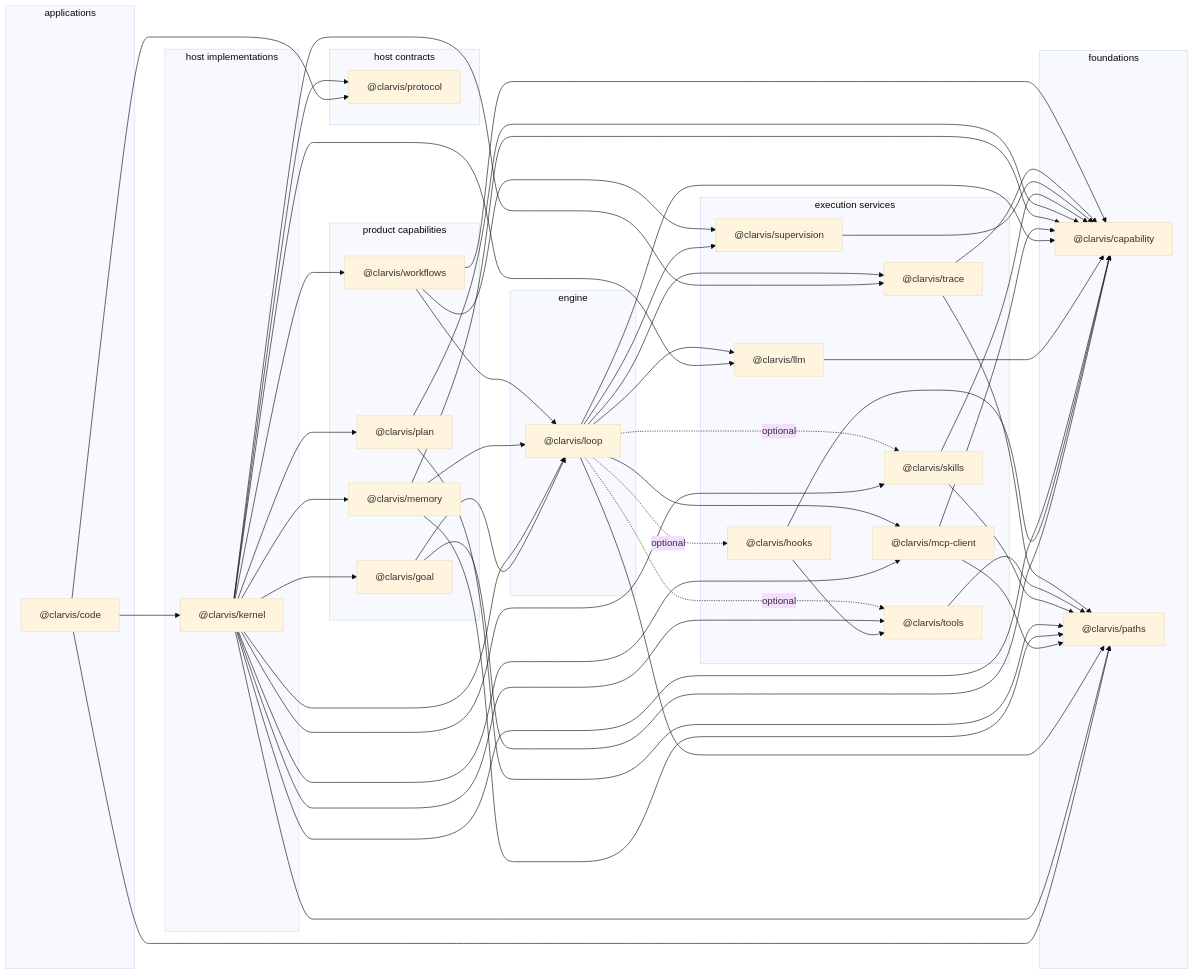
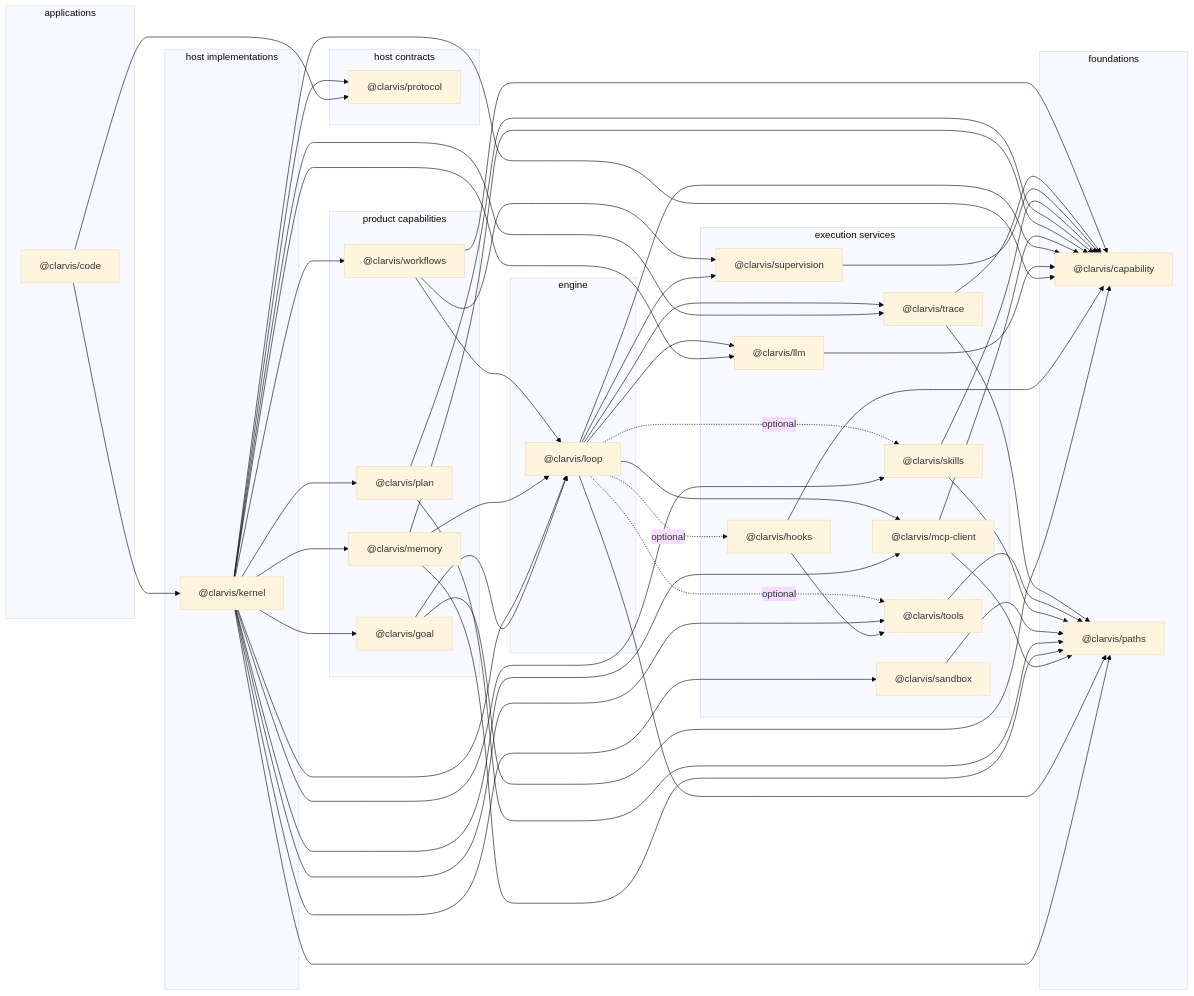
One commit to getclarvis/clarvis changed the diagram in specs/package-coupling-analysis.md. Above: the diagram before and after it, drawn with Mermaid (base theme). The commit also changed other lines of this file and 194 other files, not shown here.

````diff
--- a/specs/package-coupling-analysis.md
+++ b/specs/package-coupling-analysis.md
@@ -52,80 +53,82 @@
 ```mermaid
 flowchart LR
   subgraph role_foundation["foundations"]
     capability["@clarvis/capability"]
     paths["@clarvis/paths"]
   end
   subgraph role_host_contract["host contracts"]
     protocol["@clarvis/protocol"]
   end
   subgraph role_execution_service["execution services"]
     hooks["@clarvis/hooks"]
     llm["@clarvis/llm"]
     mcp_client["@clarvis/mcp-client"]
+    sandbox["@clarvis/sandbox"]
     skills["@clarvis/skills"]
     supervision["@clarvis/supervision"]
     tools["@clarvis/tools"]
     trace["@clarvis/trace"]
   end
   subgraph role_engine["engine"]
     loop["@clarvis/loop"]
   end
   subgraph role_product_capability["product capabilities"]
     goal["@clarvis/goal"]
     memory["@clarvis/memory"]
     plan["@clarvis/plan"]
     workflows["@clarvis/workflows"]
   end
   subgraph role_host_implementation["host implementations"]
     kernel["@clarvis/kernel"]
   end
   subgraph role_application["applications"]
     code["@clarvis/code"]
   end
   code --> kernel
-  code --> paths
   code --> protocol
   goal --> capability
   goal --> loop
   hooks --> capability
   hooks --> tools
   kernel --> capability
   kernel --> goal
   kernel --> llm
   kernel --> loop
   kernel --> mcp_client
   kernel --> memory
   kernel --> paths
   kernel --> plan
   kernel --> protocol
+  kernel --> sandbox
   kernel --> skills
   kernel --> tools
   kernel --> trace
   kernel --> workflows
   llm --> capability
   loop --> capability
   loop -. optional .-> hooks
   loop --> llm
   loop --> mcp_client
   loop --> paths
   loop -. optional .-> skills
   loop --> supervision
   loop -. optional .-> tools
   loop --> trace
   mcp_client --> capability
   mcp_client --> paths
   memory --> capability
   memory --> loop
   memory --> paths
   plan --> capability
   plan --> paths
+  sandbox --> paths
   skills --> capability
   skills --> paths
   supervision --> capability
   tools --> paths
   trace --> capability
   trace --> paths
   workflows --> capability
   workflows --> loop
   workflows --> supervision
 ```
````
